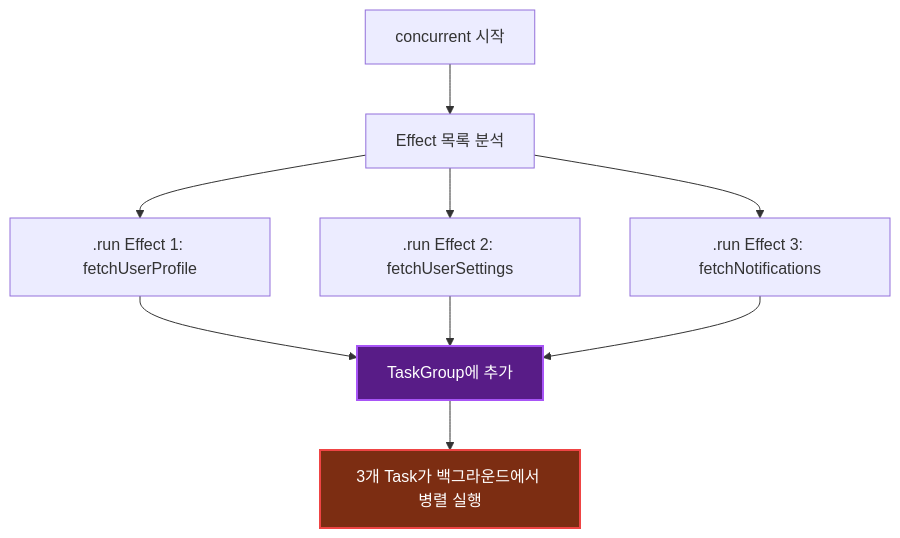
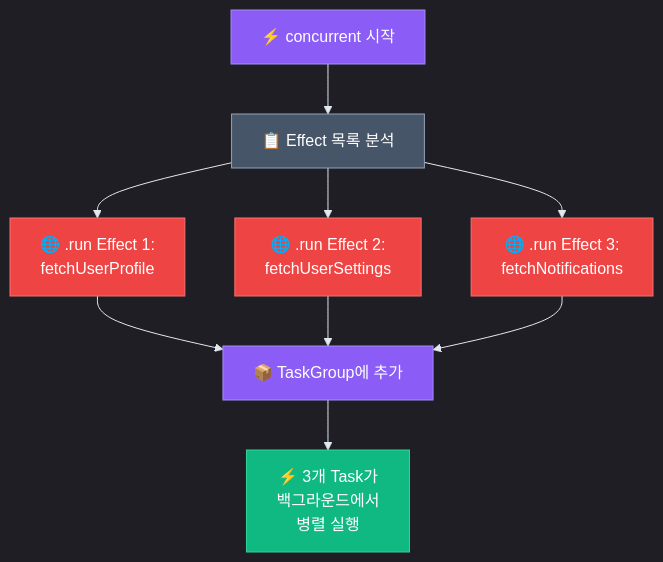
Before and after one commit to Jimmy-Jung/AsyncViewModel: the fourth of 5 diagrams in AsyncViewModel_동작원리_가이드.md, drawn with Mermaid. The commit also changed other lines of this file and 1 other file, not shown here.

````diff
--- a/AsyncViewModel_동작원리_가이드.md
+++ b/AsyncViewModel_동작원리_가이드.md
@@ -734,16 +927,20 @@
 ```mermaid
+%%{init: {'theme': 'dark', 'themeVariables': {'lineColor': '#e2e8f0', 'textColor': '#f8fafc'}}}%%
 graph TD
-    A[concurrent 시작] --> B[Effect 목록 분석]
-    B --> C[.run Effect 1: fetchUserProfile]
-    B --> D[.run Effect 2: fetchUserSettings] 
-    B --> E[.run Effect 3: fetchNotifications]
+    A[⚡ concurrent 시작]:::start --> B[📋 Effect 목록 분석]:::process
+    B --> C[🌐 .run Effect 1:<br/>fetchUserProfile]:::effect
+    B --> D[🌐 .run Effect 2:<br/>fetchUserSettings]:::effect
+    B --> E[🌐 .run Effect 3:<br/>fetchNotifications]:::effect
     
-    C --> F[TaskGroup에 추가]
+    C --> F[📦 TaskGroup에 추가]:::group
     D --> F
     E --> F
     
-    F --> G[3개 Task가 백그라운드에서 병렬 실행]
+    F --> G[⚡ 3개 Task가<br/>백그라운드에서<br/>병렬 실행]:::parallel
     
-    style F fill:#581c87,stroke:#a855f7,stroke-width:2px,color:#ffffff
-    style G fill:#7c2d12,stroke:#ef4444,stroke-width:2px,color:#ffffff
+    classDef start fill:#8b5cf6,stroke:#a78bfa,color:#ffffff
+    classDef process fill:#475569,stroke:#94a3b8,color:#ffffff
+    classDef effect fill:#ef4444,stroke:#f87171,color:#ffffff
+    classDef group fill:#8b5cf6,stroke:#a78bfa,color:#ffffff
+    classDef parallel fill:#10b981,stroke:#34d399,color:#ffffff
 ```
````
